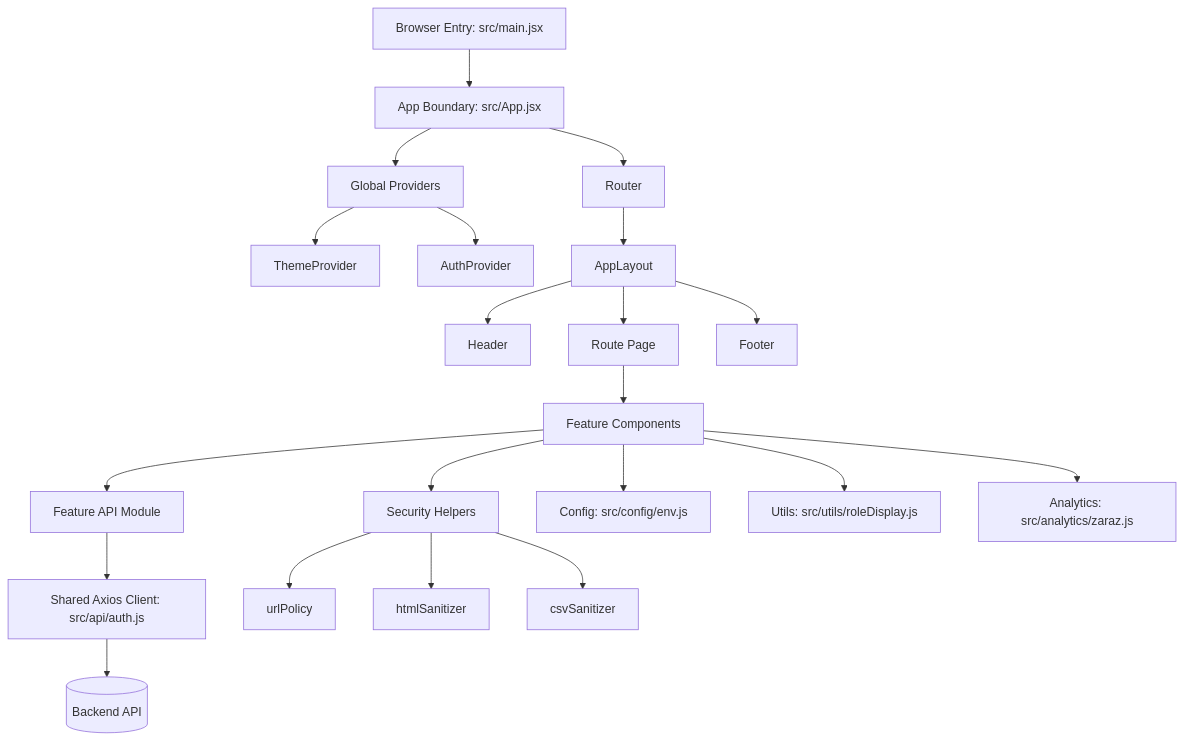
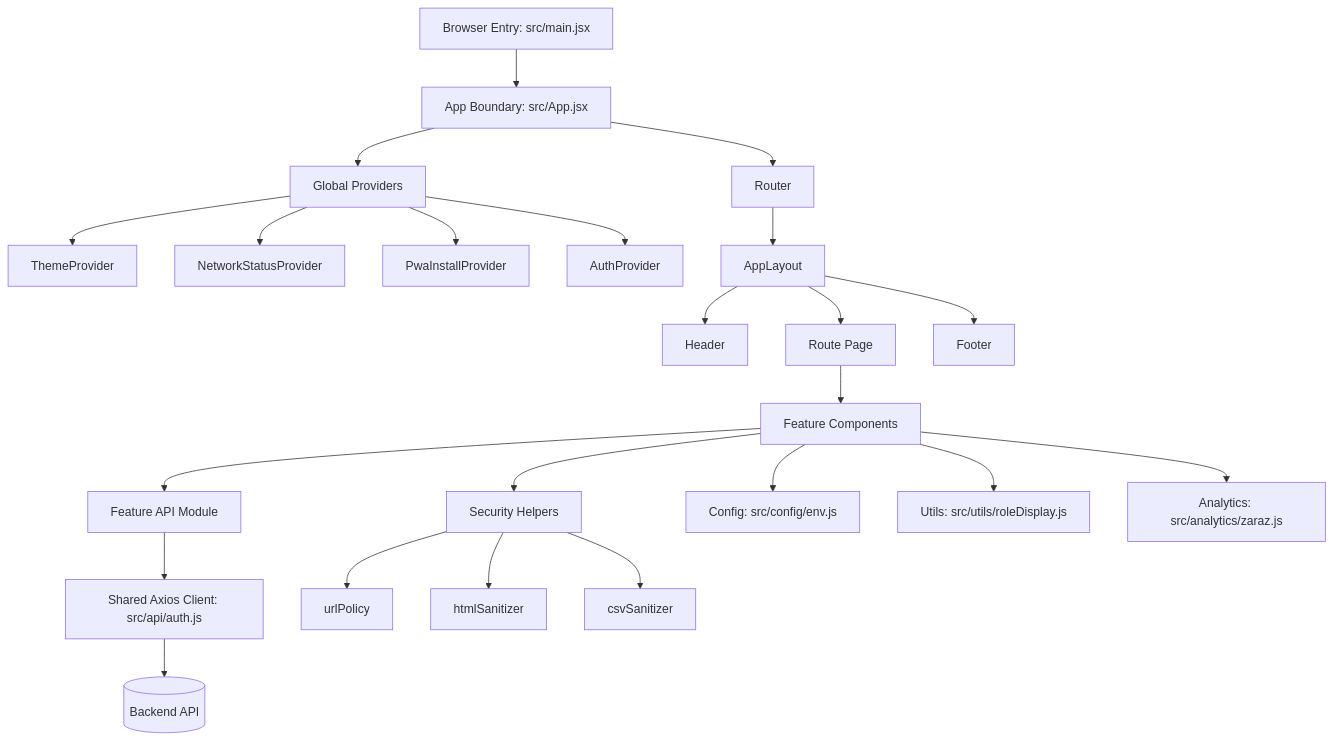
One commit to hanjm-github/beomseo.in changed the first of 12 diagrams in frontend/docs/frontend-architecture.md. Above: the diagram before and after it, drawn with Mermaid. The commit also changed other lines of this file and 30 other files, not shown here.

````diff
--- a/frontend/docs/frontend-architecture.md
+++ b/frontend/docs/frontend-architecture.md
@@ -15,23 +15,25 @@
 ```mermaid
 flowchart TD
     A["Browser Entry: src/main.jsx"] --> B["App Boundary: src/App.jsx"]
     B --> C["Global Providers"]
     C --> C1["ThemeProvider"]
-    C --> C2["AuthProvider"]
+    C --> C2["NetworkStatusProvider"]
+    C --> C3["PwaInstallProvider"]
+    C --> C4["AuthProvider"]
     B --> D["Router"]
     D --> E["AppLayout"]
     E --> E1["Header"]
     E --> E2["Route Page"]
     E --> E3["Footer"]
     E2 --> F["Feature Components"]
     F --> G["Feature API Module"]
     G --> H["Shared Axios Client: src/api/auth.js"]
     H --> I[("Backend API")]
     F --> J["Security Helpers"]
     J --> J1["urlPolicy"]
     J --> J2["htmlSanitizer"]
     J --> J3["csvSanitizer"]
     F --> K["Config: src/config/env.js"]
     F --> L["Utils: src/utils/roleDisplay.js"]
     F --> M["Analytics: src/analytics/zaraz.js"]
 ```
````
